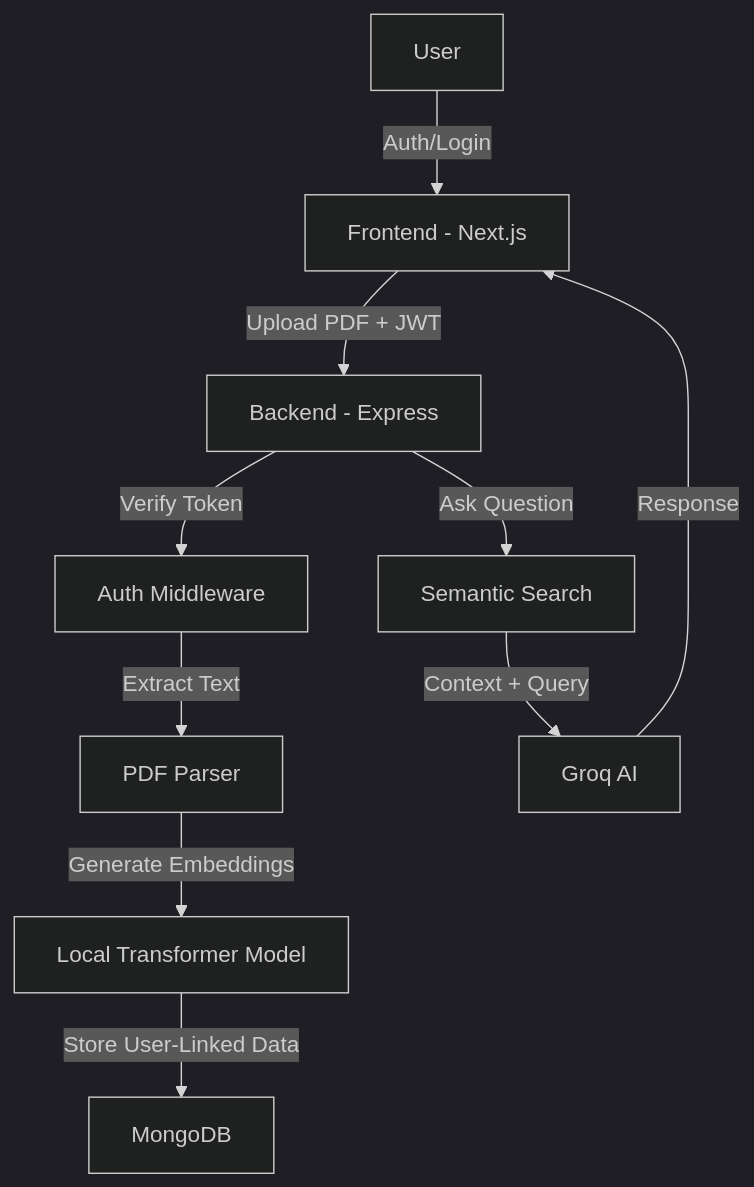
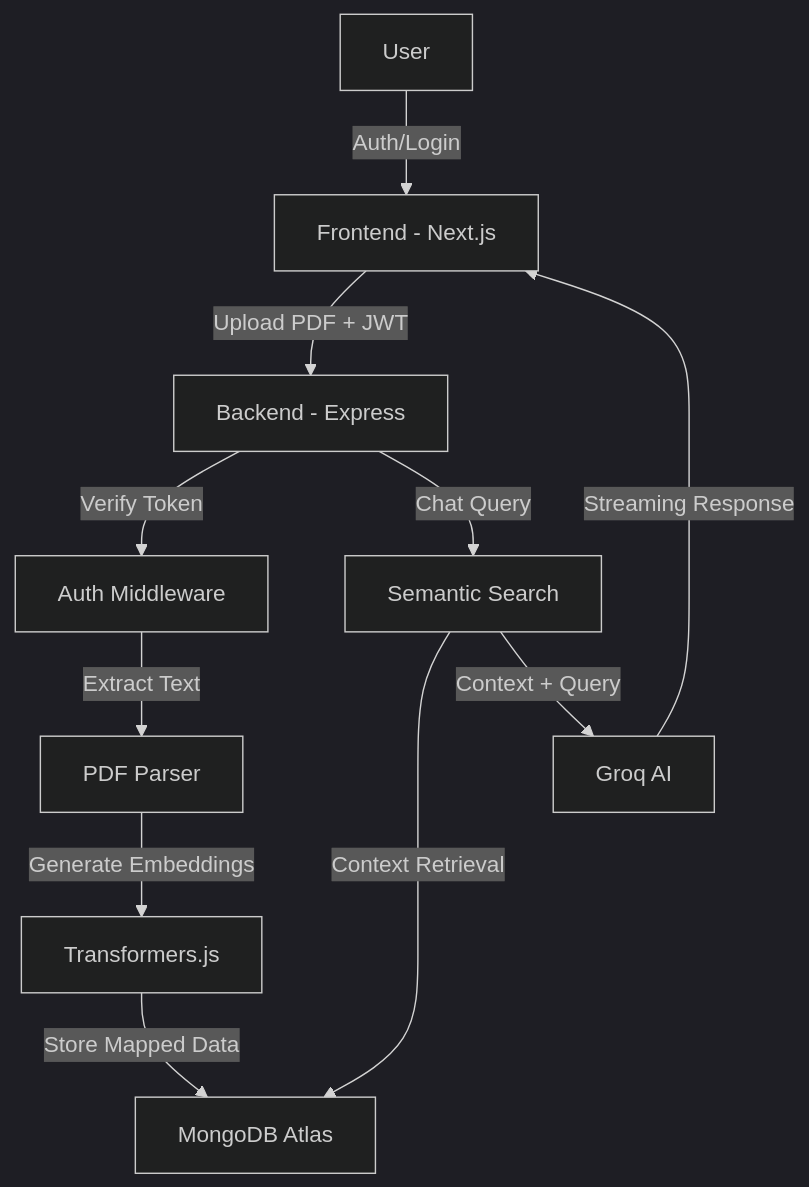
Before and after one commit to bhavish-codes/Ask-Dock-AI: the diagram in README.md, drawn with Mermaid (dark theme). The commit also changed other lines of this file and 5 other files, not shown here.

````diff
--- a/README.md
+++ b/README.md
@@ -23,12 +50,13 @@
 ```mermaid
 graph TD
     A[User] -->|Auth/Login| B[Frontend - Next.js]
     B -->|Upload PDF + JWT| C[Backend - Express]
     C -->|Verify Token| D[Auth Middleware]
     D -->|Extract Text| E[PDF Parser]
-    E -->|Generate Embeddings| F[Local Transformer Model]
-    F -->|Store User-Linked Data| G[MongoDB]
-    C -->|Ask Question| H[Semantic Search]
+    E -->|Generate Embeddings| F[Transformers.js]
+    F -->|Store Mapped Data| G[MongoDB Atlas]
+    C -->|Chat Query| H[Semantic Search]
+    H -->|Context Retrieval| G
     H -->|Context + Query| I[Groq AI]
-    I -->|Response| B
+    I -->|Streaming Response| B
 ```
````
